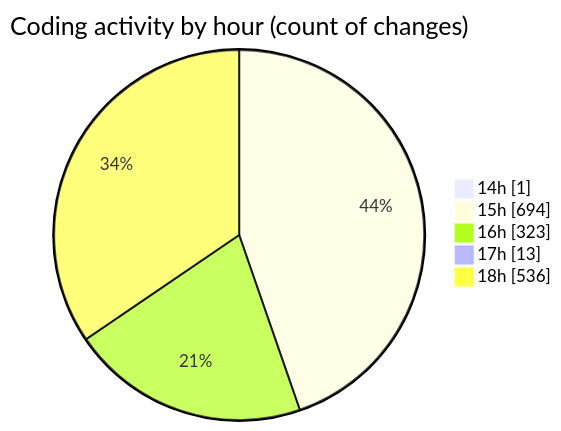
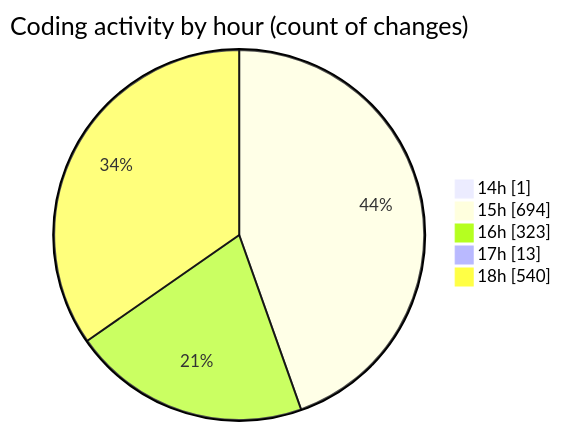
The second of 2 diagrams in 2025-04-10/nxtqube_webapp/README.md (nxtqubesakshisongat/code-tracking), drawn with Mermaid before and after one commit. The commit also changed other lines of this file and 1 other file, not shown here.

````diff
--- a/2025-04-10/nxtqube_webapp/README.md
+++ b/2025-04-10/nxtqube_webapp/README.md
@@ -36,9 +37,9 @@
 ```mermaid
 pie showData
 title Coding activity by hour (count of changes)
 "14h" : 1
 "15h" : 694
 "16h" : 323
 "17h" : 13
-"18h" : 536
+"18h" : 540
 ```
````
